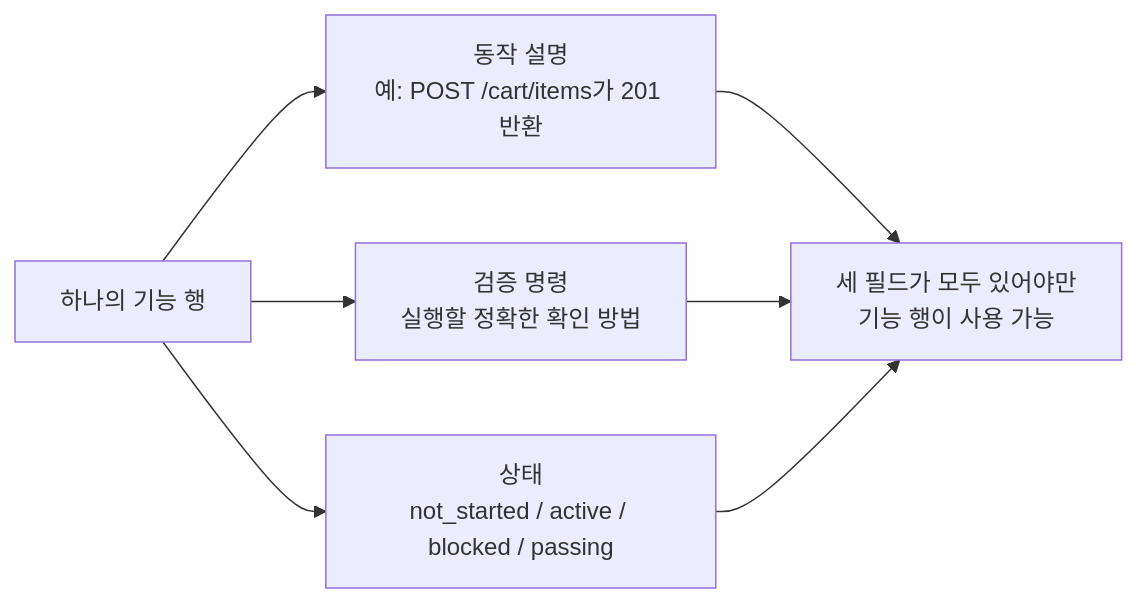
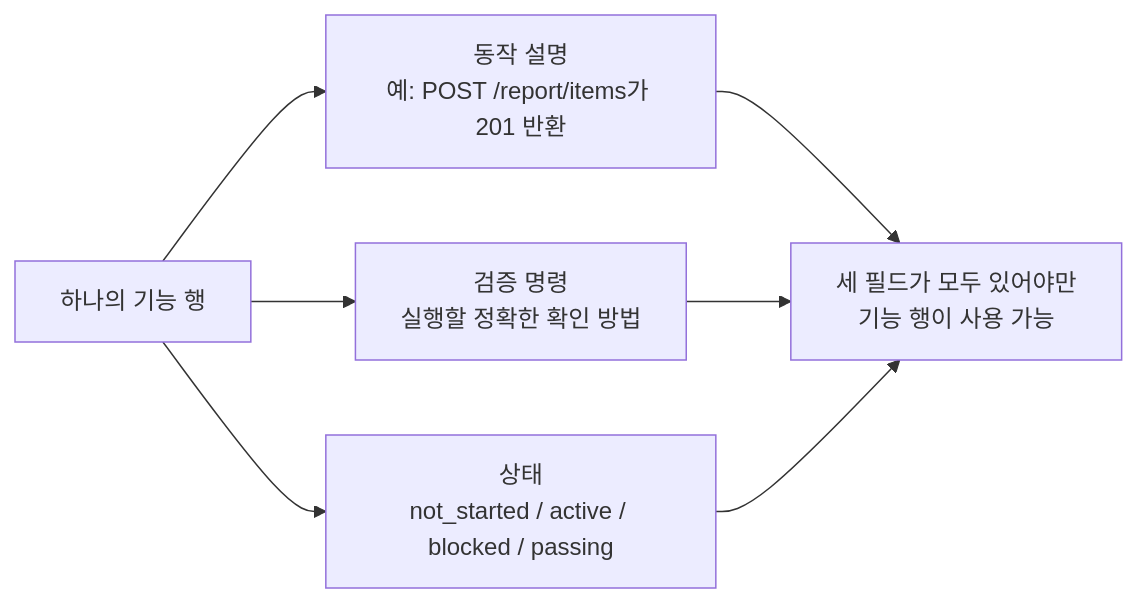
The first of 2 diagrams in docs/ko/lectures/lecture-08-why-feature-lists-are-harness-primitives/index.md (walkinglabs/learn-harness-engineering), drawn with Mermaid before and after one commit. The commit also changed other lines of this file and 1324 other files, not shown here.

````diff
--- a/docs/ko/lectures/lecture-08-why-feature-lists-are-harness-primitives/index.md
+++ b/docs/ko/lectures/lecture-08-why-feature-lists-are-harness-primitives/index.md
@@ -29,10 +29,10 @@
 ```mermaid
 flowchart LR
-    Feature["하나의 기능 행"] --> Behavior["동작 설명<br/>예: POST /cart/items가 201 반환"]
+    Feature["하나의 기능 행"] --> Behavior["동작 설명<br/>예: POST /report/items가 201 반환"]
     Feature --> Check["검증 명령<br/>실행할 정확한 확인 방법"]
     Feature --> State["상태<br/>not_started / active / blocked / passing"]
 
     Behavior --> Complete["세 필드가 모두 있어야만<br/>기능 행이 사용 가능"]
     Check --> Complete
     State --> Complete
 ```
````
